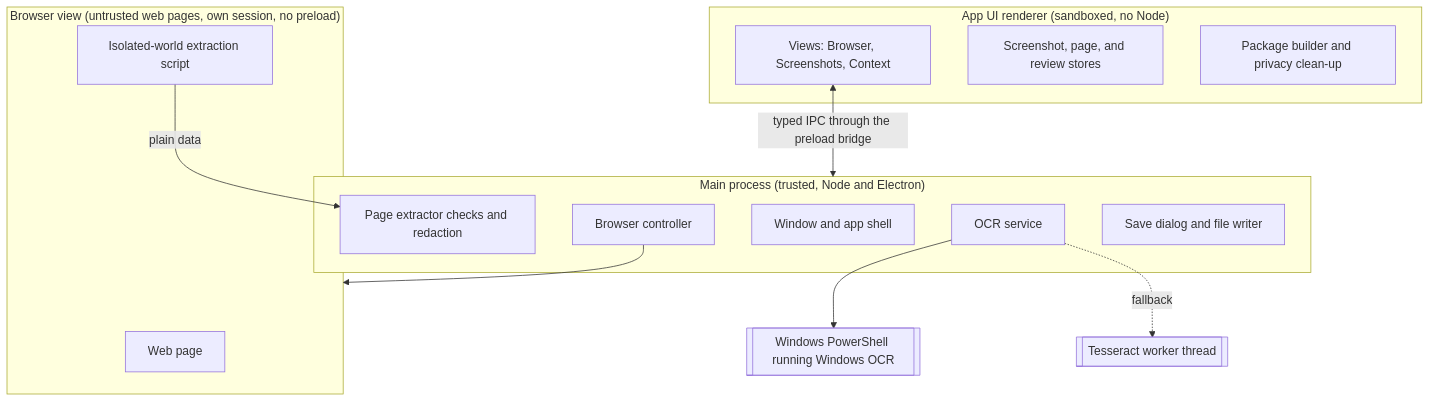
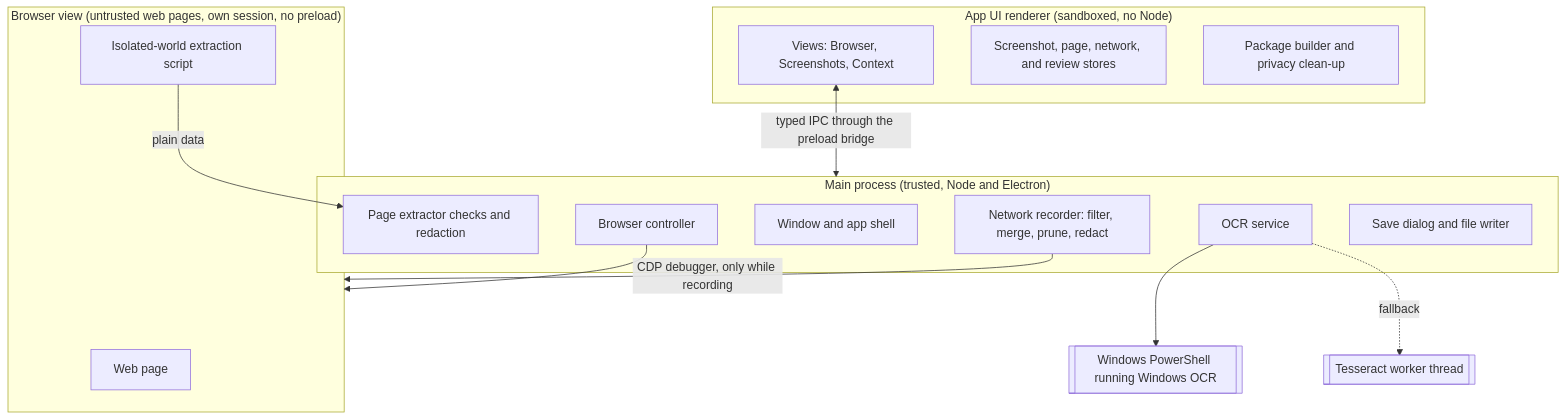
The second of 3 diagrams in docs/ARCHITECTURE.md (Avneet-singh-rainu/ai-context-bridge), drawn with Mermaid before and after one commit. The commit also changed other lines of this file and 37 other files, not shown here.

````diff
--- a/docs/ARCHITECTURE.md
+++ b/docs/ARCHITECTURE.md
@@ -71,27 +72,29 @@
 ```mermaid
 flowchart TB
   subgraph main["Main process (trusted, Node and Electron)"]
     shell[Window and app shell]
     browserctl[Browser controller]
     extract[Page extractor checks and redaction]
+    netrec[Network recorder: filter, merge, prune, redact]
     ocrsvc[OCR service]
     save[Save dialog and file writer]
   end
   subgraph renderer["App UI renderer (sandboxed, no Node)"]
     ui[Views: Browser, Screenshots, Context]
-    stores[Screenshot, page, and review stores]
+    stores[Screenshot, page, network, and review stores]
     builder[Package builder and privacy clean-up]
   end
   subgraph view["Browser view (untrusted web pages, own session, no preload)"]
     pages[Web page]
     iso[Isolated-world extraction script]
   end
   ps[[Windows PowerShell running Windows OCR]]
   tess[[Tesseract worker thread]]
 
   ui <-->|typed IPC through the preload bridge| main
   browserctl --> view
   iso -->|plain data| extract
+  netrec -->|CDP debugger, only while recording| view
   ocrsvc --> ps
   ocrsvc -.->|fallback| tess
 ```
````
